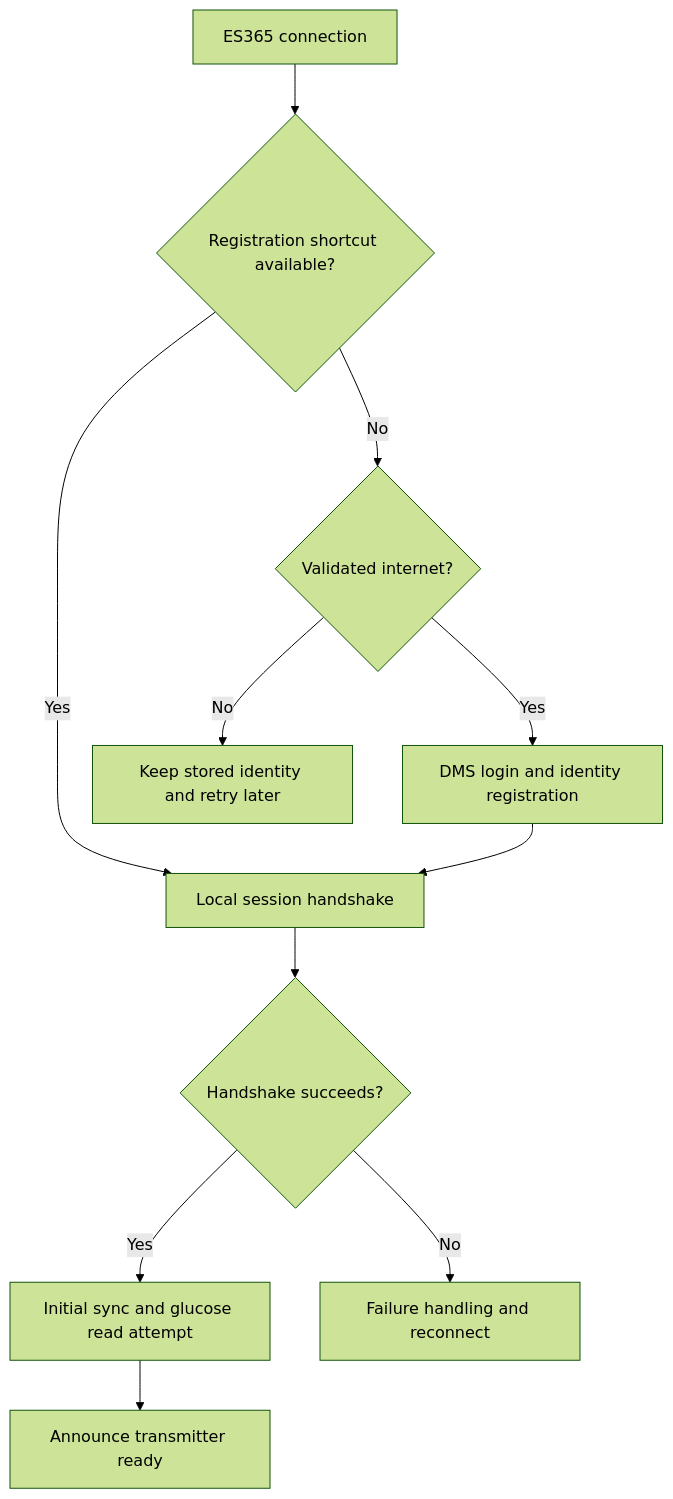
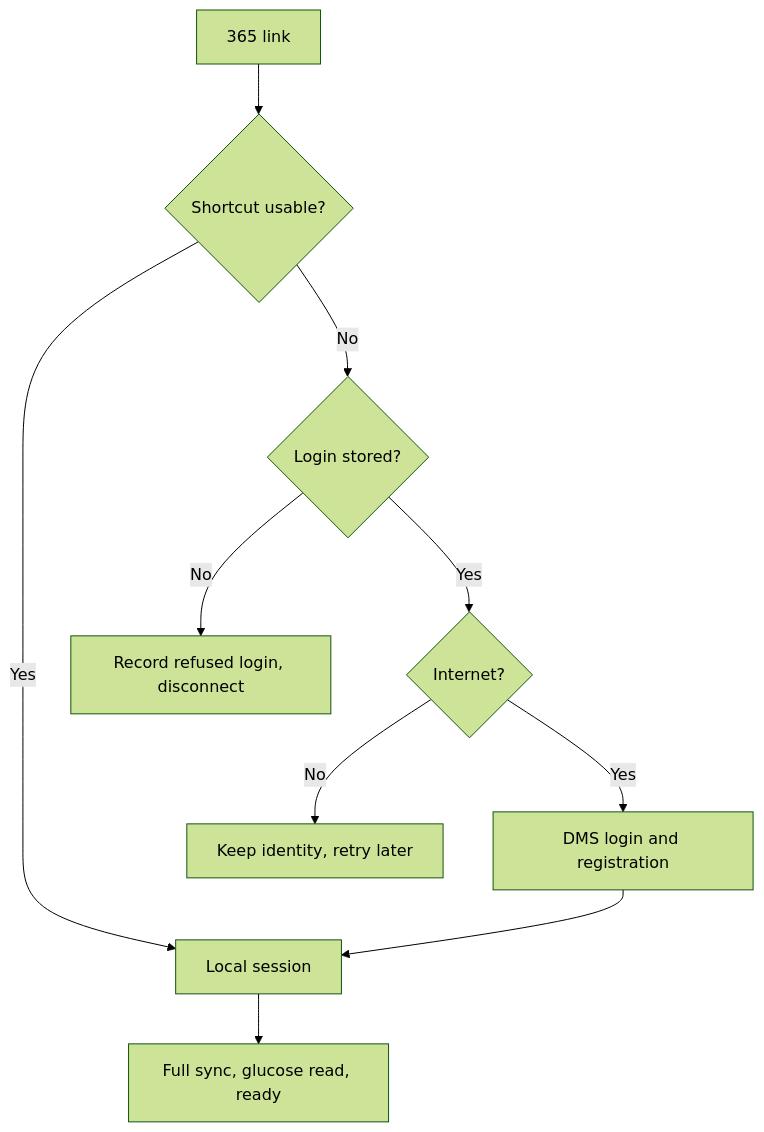
The second of 2 diagrams in plugins/source/eversense/TECHNICAL.md (nightscout/AndroidAPS), drawn with Mermaid (forest theme) before and after one commit. The commit also changed other lines of this file and 57 other files, not shown here.

````diff
--- a/plugins/source/eversense/TECHNICAL.md
+++ b/plugins/source/eversense/TECHNICAL.md
@@ -112,13 +91,12 @@
 ```mermaid
 flowchart TD
-    Start[ES365 connection] --> Shortcut{Registration shortcut available?}
-    Shortcut -->|Yes| Local[Local session handshake]
-    Shortcut -->|No| Internet{Validated internet?}
-    Internet -->|No| Wait[Keep stored identity and retry later]
-    Internet -->|Yes| Register[DMS login and identity registration]
+    Start[365 link] --> Shortcut{Shortcut usable?}
+    Shortcut -->|Yes| Local[Local session]
+    Shortcut -->|No| Login{Login stored?}
+    Login -->|No| Refused[Record refused login, disconnect]
+    Login -->|Yes| Internet{Internet?}
+    Internet -->|No| Wait[Keep identity, retry later]
+    Internet -->|Yes| Register[DMS login and registration]
     Register --> Local
-    Local --> Success{Handshake succeeds?}
-    Success -->|Yes| Sync[Initial sync and glucose read attempt]
-    Sync --> Ready[Announce transmitter ready]
-    Success -->|No| Retry[Failure handling and reconnect]
+    Local --> Ready[Full sync, glucose read, ready]
 ```
````
